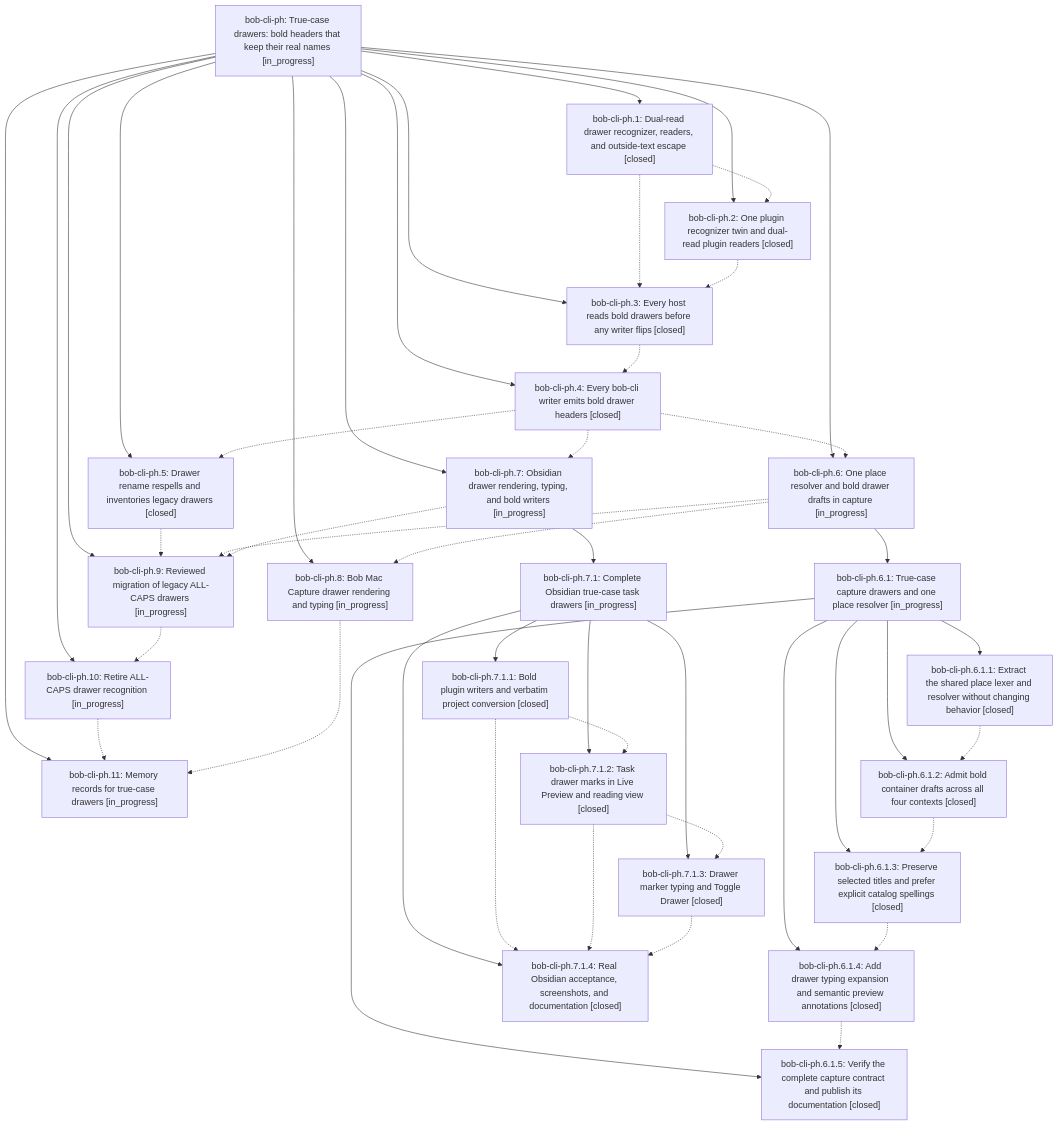
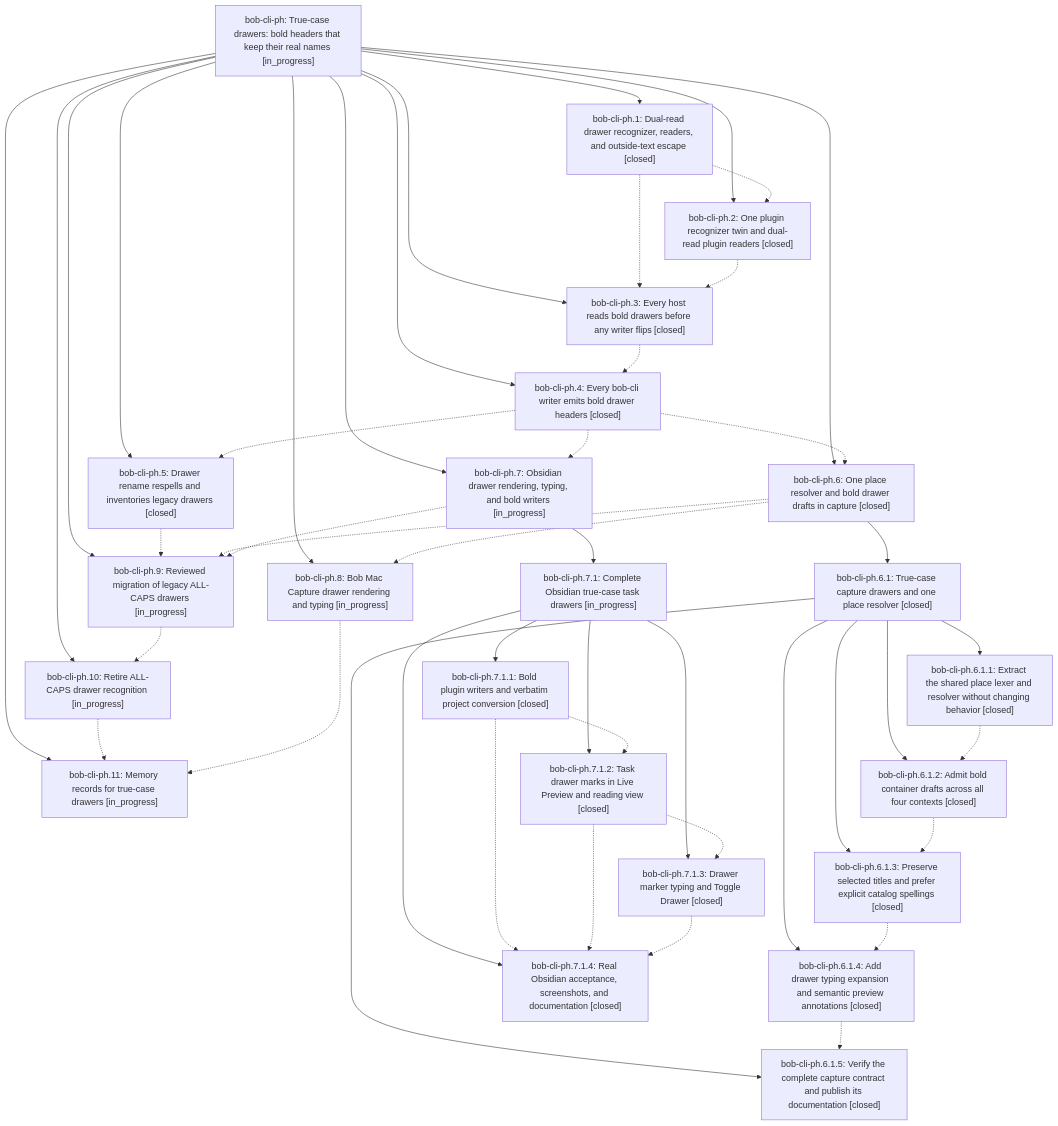
One commit to bobs-org/bob-cli--beads changed the diagram in pages/bob-cli-ph/README.md. Above: the diagram before and after it, drawn with Mermaid. The commit also changed other lines of this file and 15 other files, not shown here.

First line of the commit message:
chore(beads): sync bead state and pages for bob-cli-ph

````diff
--- a/pages/bob-cli-ph/README.md
+++ b/pages/bob-cli-ph/README.md
@@ -56,71 +56,71 @@
 ```mermaid
 flowchart TD
     n0["bob-cli-ph: True-case drawers: bold headers that keep their real names [in_progress]"]
     n1["bob-cli-ph.1: Dual-read drawer recognizer, readers, and outside-text escape [closed]"]
     n2["bob-cli-ph.10: Retire ALL-CAPS drawer recognition [in_progress]"]
     n3["bob-cli-ph.11: Memory records for true-case drawers [in_progress]"]
     n4["bob-cli-ph.2: One plugin recognizer twin and dual-read plugin readers [closed]"]
     n5["bob-cli-ph.3: Every host reads bold drawers before any writer flips [closed]"]
     n6["bob-cli-ph.4: Every bob-cli writer emits bold drawer headers [closed]"]
     n7["bob-cli-ph.5: Drawer rename respells and inventories legacy drawers [closed]"]
-    n8["bob-cli-ph.6: One place resolver and bold drawer drafts in capture [in_progress]"]
-    n9["bob-cli-ph.6.1: True-case capture drawers and one place resolver [in_progress]"]
+    n8["bob-cli-ph.6: One place resolver and bold drawer drafts in capture [closed]"]
+    n9["bob-cli-ph.6.1: True-case capture drawers and one place resolver [closed]"]
     n10["bob-cli-ph.6.1.1: Extract the shared place lexer and resolver without changing behavior [closed]"]
     n11["bob-cli-ph.6.1.2: Admit bold container drafts across all four contexts [closed]"]
     n12["bob-cli-ph.6.1.3: Preserve selected titles and prefer explicit catalog spellings [closed]"]
     n13["bob-cli-ph.6.1.4: Add drawer typing expansion and semantic preview annotations [closed]"]
     n14["bob-cli-ph.6.1.5: Verify the complete capture contract and publish its documentation [closed]"]
     n15["bob-cli-ph.7: Obsidian drawer rendering, typing, and bold writers [in_progress]"]
     n16["bob-cli-ph.7.1: Complete Obsidian true-case task drawers [in_progress]"]
     n17["bob-cli-ph.7.1.1: Bold plugin writers and verbatim project conversion [closed]"]
     n18["bob-cli-ph.7.1.2: Task drawer marks in Live Preview and reading view [closed]"]
     n19["bob-cli-ph.7.1.3: Drawer marker typing and Toggle Drawer [closed]"]
     n20["bob-cli-ph.7.1.4: Real Obsidian acceptance, screenshots, and documentation [closed]"]
     n21["bob-cli-ph.8: Bob Mac Capture drawer rendering and typing [in_progress]"]
     n22["bob-cli-ph.9: Reviewed migration of legacy ALL-CAPS drawers [in_progress]"]
     n0 --> n1
     n0 --> n2
     n0 --> n3
     n0 --> n4
     n0 --> n5
     n0 --> n6
     n0 --> n7
     n0 --> n8
     n8 --> n9
     n9 --> n10
     n9 --> n11
     n9 --> n12
     n9 --> n13
     n9 --> n14
     n0 --> n15
     n15 --> n16
     n16 --> n17
     n16 --> n18
     n16 --> n19
     n16 --> n20
     n0 --> n21
     n0 --> n22
     n1 -.-> n4
     n1 -.-> n5
     n2 -.-> n3
     n4 -.-> n5
     n5 -.-> n6
     n6 -.-> n7
     n6 -.-> n8
     n6 -.-> n15
     n7 -.-> n22
     n8 -.-> n21
     n8 -.-> n22
     n10 -.-> n11
     n11 -.-> n12
     n12 -.-> n13
     n13 -.-> n14
     n15 -.-> n22
     n17 -.-> n18
     n17 -.-> n20
     n18 -.-> n19
     n18 -.-> n20
     n19 -.-> n20
     n21 -.-> n3
     n22 -.-> n2
 ```
````
